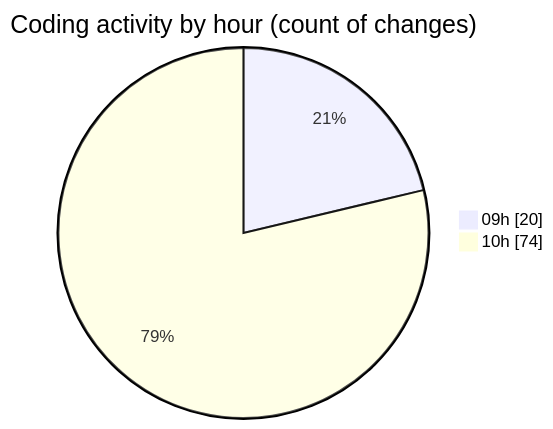
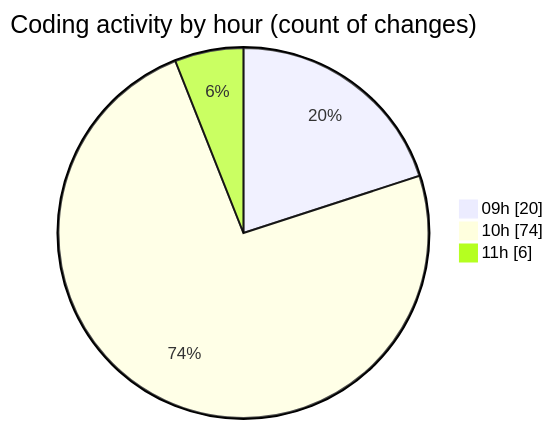
The second of 2 diagrams in 2025-06-06/ecodeli-1/README.md (CELIANVF/code-tracking), drawn with Mermaid before and after one commit. The commit also changed other lines of this file and 1 other file, not shown here.

````diff
--- a/2025-06-06/ecodeli-1/README.md
+++ b/2025-06-06/ecodeli-1/README.md
@@ -59,6 +59,7 @@
 ```mermaid
 pie showData
 title Coding activity by hour (count of changes)
 "09h" : 20
 "10h" : 74
+"11h" : 6
 ```
````
